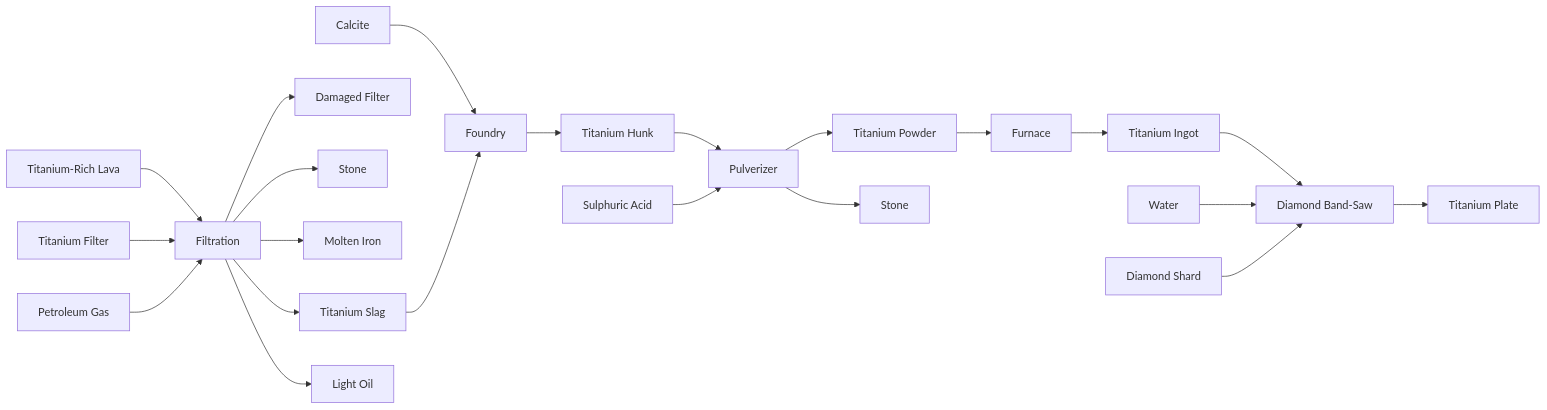
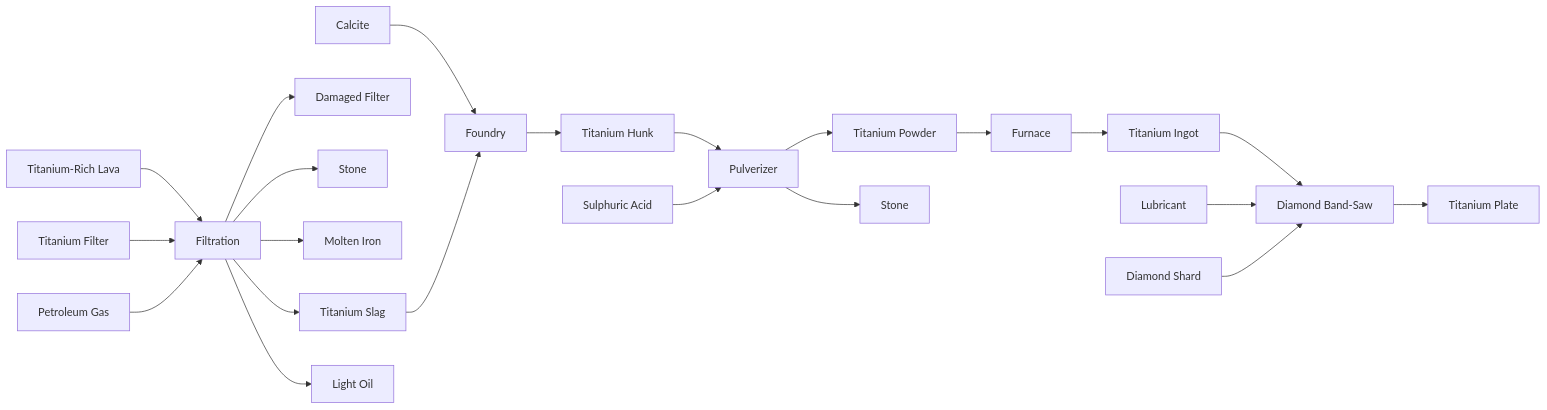
One commit to Nicholas-Tuttle/Subterranio changed the second of 3 diagrams in subterranio-vulcanus/todo.md. Above: the diagram before and after it, drawn with Mermaid. The commit also changed other lines of this file and 3 other files, not shown here.

````diff
--- a/subterranio-vulcanus/todo.md
+++ b/subterranio-vulcanus/todo.md
@@ -54,44 +54,44 @@
 ```mermaid
     graph LR;
         LT[Titanium-Rich Lava]
         TS[Titanium Slag]
         TH[Titanium Hunk]
         TPow[Titanium Powder]
         TI[Titanium Ingot]
         TP[Titanium Plate]
 
         TF[Titanium Filter]
         DF[Damaged Filter]
 
         S1[Stone]
         S2[Stone]
         I[Molten Iron]
         FO[Foundry]
         C[Calcite]
         FI[Filtration]
         PV[Pulverizer]
         F[Furnace]
         DBS[Diamond Band-Saw]
-        W[Water]
+        L[Lubricant]
         SI[Sulphuric Acid]
         DS[Diamond Shard]
         PG[Petroleum Gas]
         LO[Light Oil]
 
         LT-->FI
         TF-->FI
         PG-->FI
         C-->FO
         TS-->FO
         TH-->PV-->TPow-->F-->TI-->DBS-->TP
         SI-->PV
         PV-->S2
         FI-->TS
         FI-->S1
         FI-->I
         FI-->LO
         FI-->DF
         FO-->TH
-        W-->DBS
+        L-->DBS
         DS-->DBS
 ```
````
